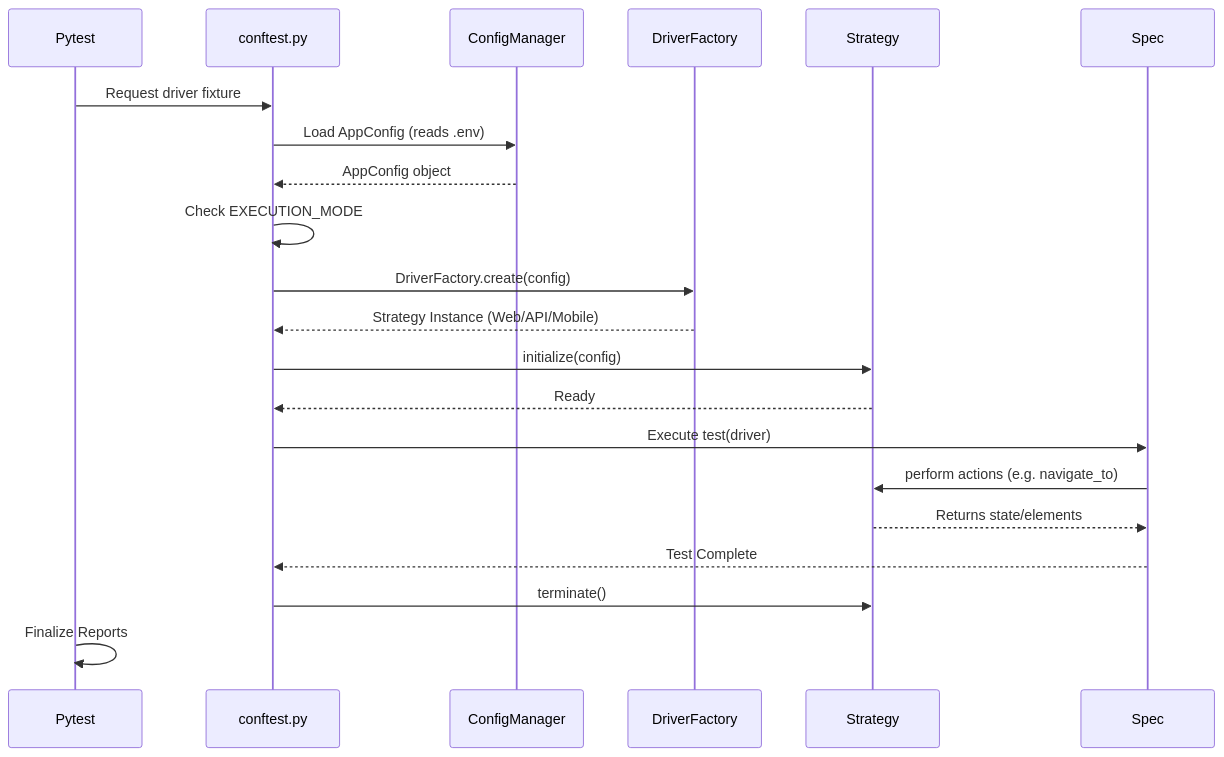
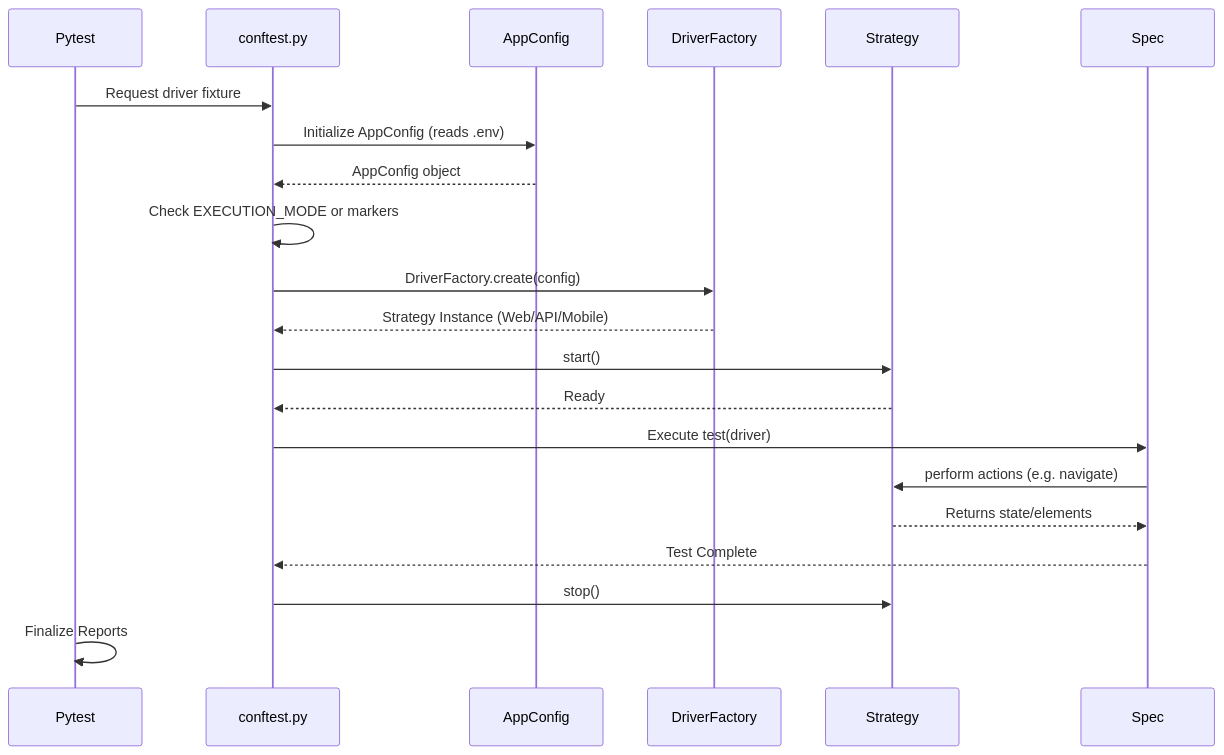
One commit to vinipx/taflex-python-modular changed the third of 3 diagrams in docs/architecture/overview.md. Above: the diagram before and after it, drawn with Mermaid. The commit also changed other lines of this file and 4 other files, not shown here.

Commit message:
docs: synchronize architecture and API documentation with implementation

````diff
--- a/docs/architecture/overview.md
+++ b/docs/architecture/overview.md
@@ -181,24 +132,24 @@
 ```mermaid
 sequenceDiagram
     participant Suite as Pytest
     participant Conf as conftest.py
-    participant CM as ConfigManager
+    participant AC as AppConfig
     participant DF as DriverFactory
     participant Strat as Strategy
     participant Test as Spec
 
     Suite->>Conf: Request driver fixture
-    Conf->>CM: Load AppConfig (reads .env)
-    CM-->>Conf: AppConfig object
-    Conf->>Conf: Check EXECUTION_MODE
+    Conf->>AC: Initialize AppConfig (reads .env)
+    AC-->>Conf: AppConfig object
+    Conf->>Conf: Check EXECUTION_MODE or markers
     Conf->>DF: DriverFactory.create(config)
     DF-->>Conf: Strategy Instance (Web/API/Mobile)
-    Conf->>Strat: initialize(config)
+    Conf->>Strat: start()
     Strat-->>Conf: Ready
     Conf->>Test: Execute test(driver)
-    Test->>Strat: perform actions (e.g. navigate_to)
+    Test->>Strat: perform actions (e.g. navigate)
     Strat-->>Test: Returns state/elements
     Test-->>Conf: Test Complete
-    Conf->>Strat: terminate()
+    Conf->>Strat: stop()
     Suite->>Suite: Finalize Reports
 ```
````
